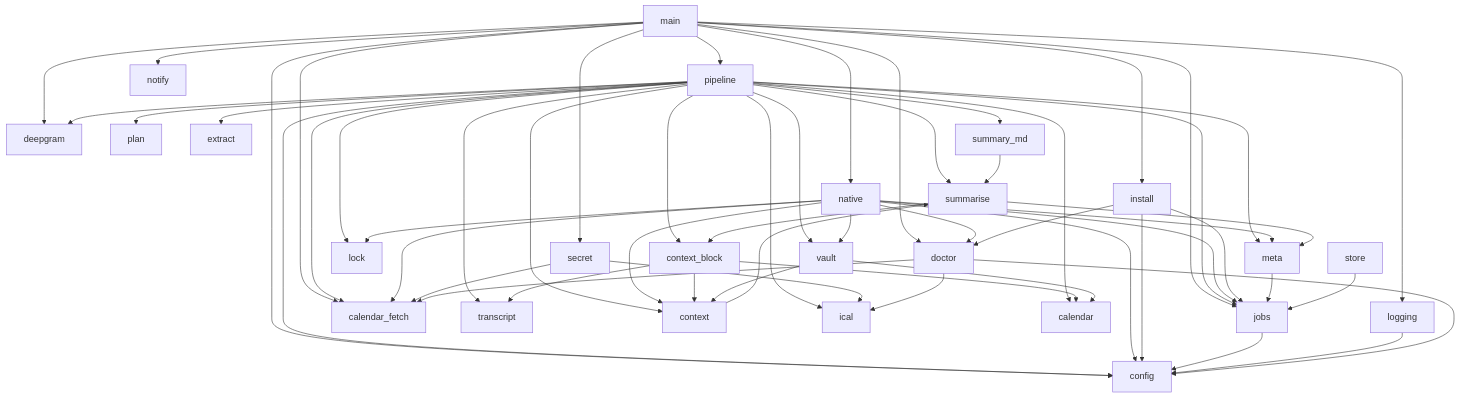
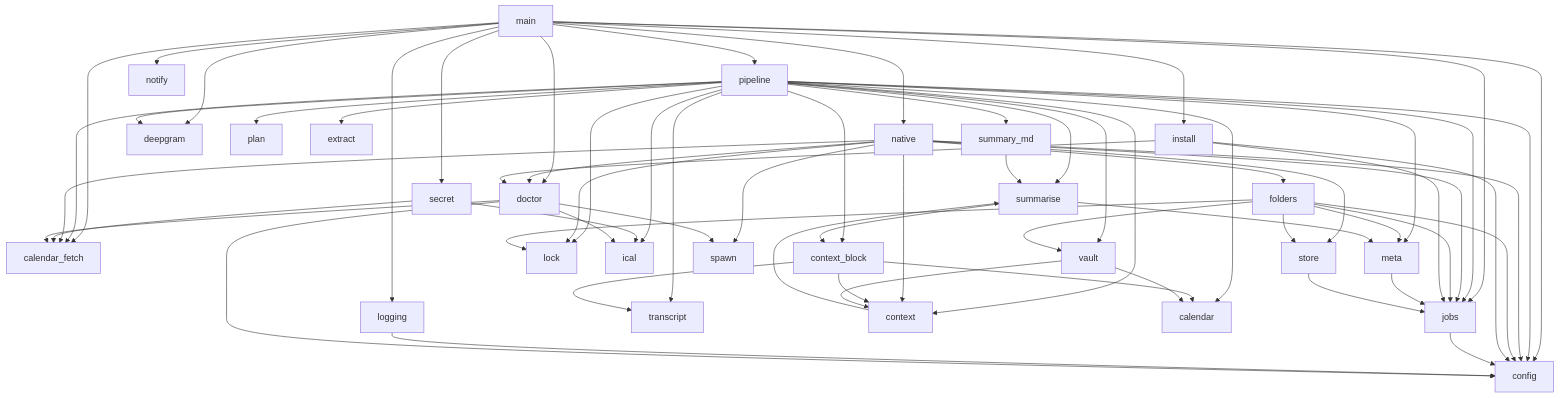
The diagram in docs/tool.md (masnun-siam/meeting-manager), drawn with Mermaid before and after one commit. The commit also changed other lines of this file and 2 other files, not shown here.

Commit message:
docs(#138): describe meeting_path, spawn and folders

````diff
--- a/docs/tool.md
+++ b/docs/tool.md
@@ -62,20 +64,21 @@
 ```mermaid
 flowchart TD
     main --> pipeline & native & install & doctor & notify & logging & secret & deepgram & jobs & config & calendar_fetch
     pipeline --> plan & extract & deepgram & transcript & summarise & summary_md & vault & meta & jobs & lock & config
     pipeline --> context & calendar_fetch & ical & calendar & context_block
-    native --> jobs & lock & doctor & config & vault & meta & context & calendar_fetch
+    native --> jobs & lock & doctor & config & context & calendar_fetch & folders & spawn & store
+    folders --> store & vault & meta & jobs & lock & config
     secret --> calendar_fetch & ical
     context --> summarise
     summarise --> context_block
     context_block --> context & calendar & transcript
     install --> doctor & jobs & config
     summary_md --> summarise
     summarise --> meta
     meta --> jobs
     store --> jobs
     jobs --> config
     logging --> config
     vault --> calendar & context
-    doctor --> config & calendar_fetch & ical
+    doctor --> config & calendar_fetch & ical & spawn
 ```
````
